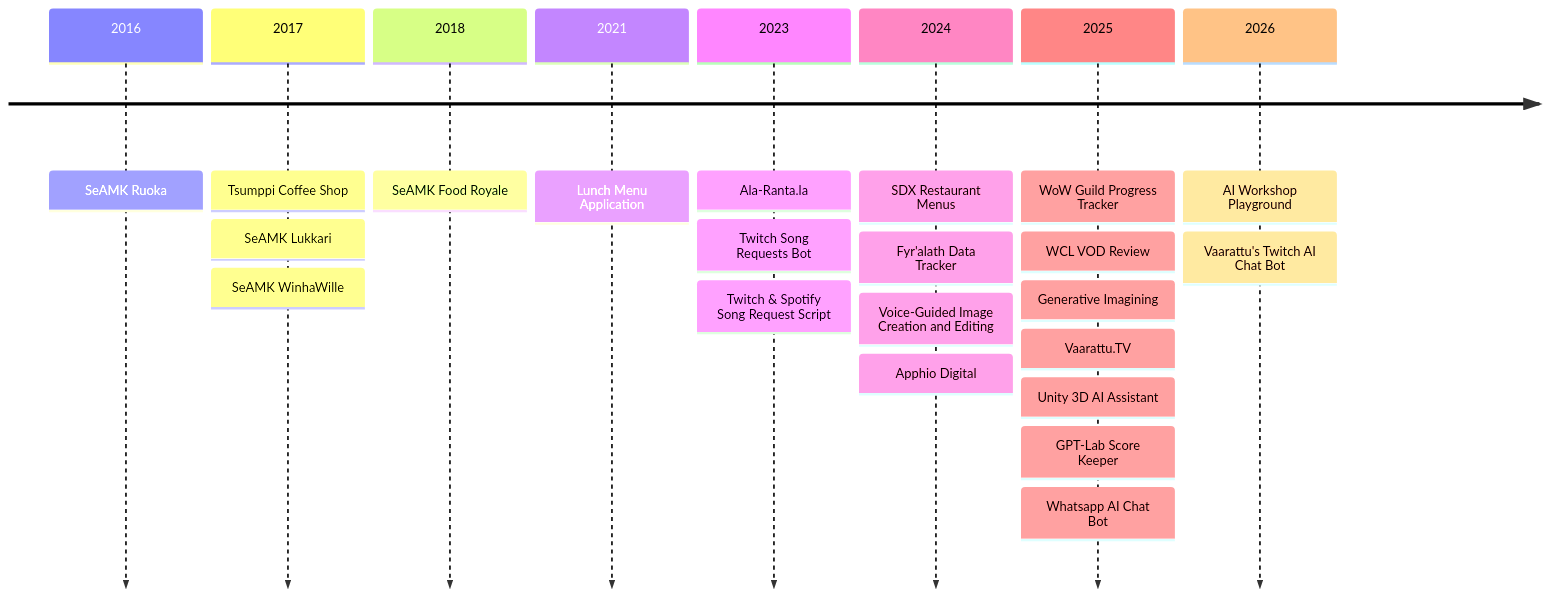
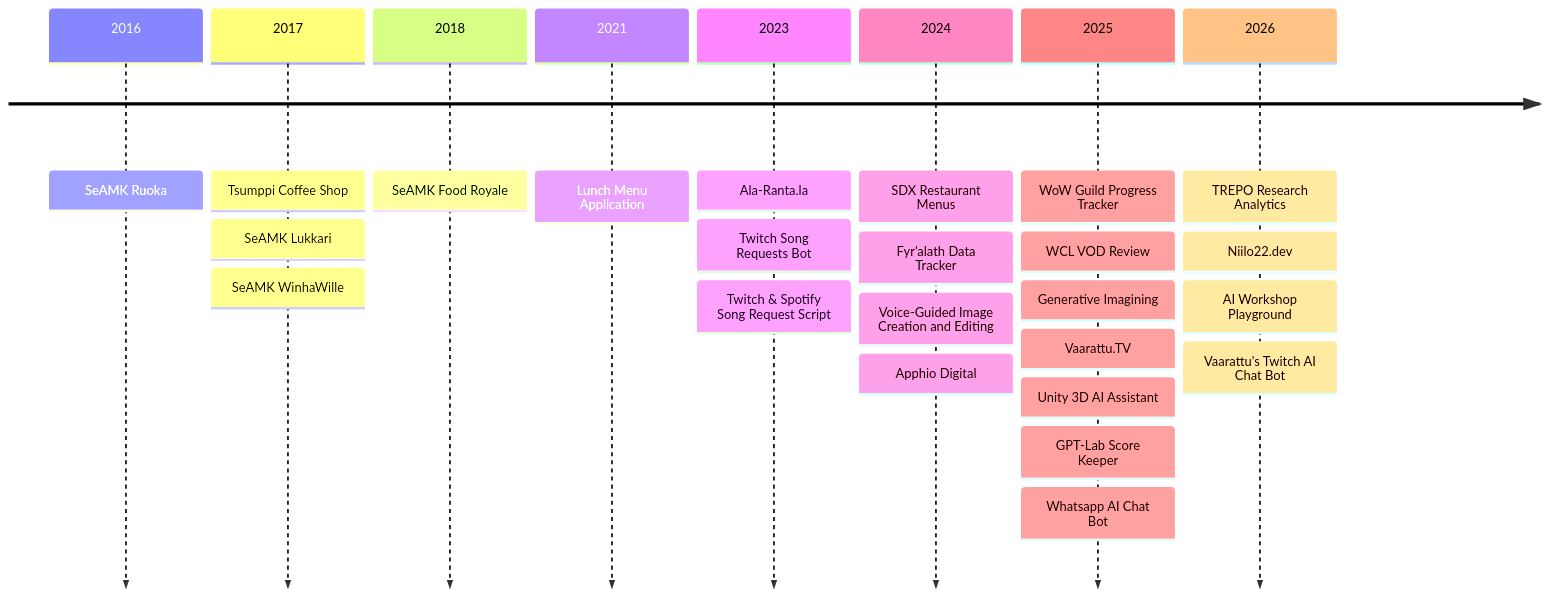
The diagram in README.md (Koodattu/projects), drawn with Mermaid before and after one commit. The commit also changed other lines of this file, not shown here.

````diff
--- a/README.md
+++ b/README.md
@@ -5,11 +5,11 @@
 ```mermaid
 timeline
     2016 : SeAMK Ruoka
     2017 : Tsumppi Coffee Shop : SeAMK Lukkari : SeAMK WinhaWille
     2018 : SeAMK Food Royale
     2021 : Lunch Menu Application
     2023 : Ala-Ranta.la : Twitch Song Requests Bot : Twitch & Spotify Song Request Script
     2024 : SDX Restaurant Menus : Fyr'alath Data Tracker : Voice-Guided Image Creation and Editing : Apphio Digital
     2025 : WoW Guild Progress Tracker : WCL VOD Review : Generative Imagining : Vaarattu.TV : Unity 3D AI Assistant : GPT-Lab Score Keeper : Whatsapp AI Chat Bot
-    2026 : AI Workshop Playground : Vaarattu's Twitch AI Chat Bot
+    2026 : TREPO Research Analytics : Niilo22.dev : AI Workshop Playground : Vaarattu's Twitch AI Chat Bot
 ```
````
